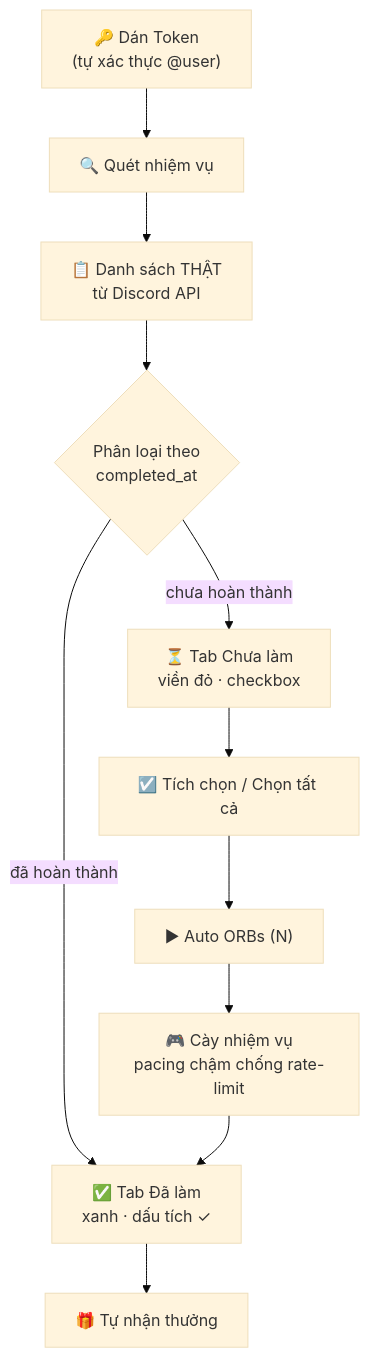
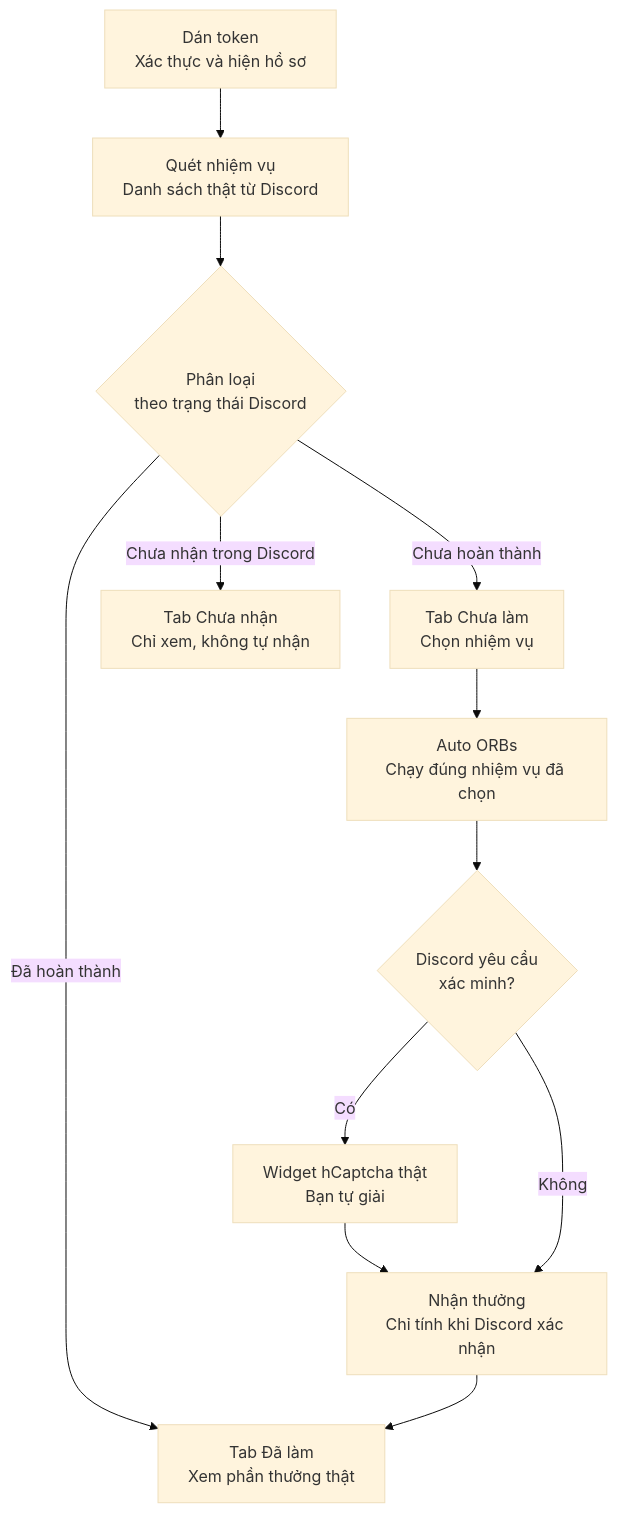
The second of 3 diagrams in README.md (duyzoz/AUTO-QUEST), drawn with Mermaid (base theme) before and after one commit. The commit also changed other lines of this file and 12 other files, not shown here.

````diff
--- a/README.md
+++ b/README.md
@@ -235,13 +87,14 @@
 ```mermaid
 flowchart TD
-    A["🔑 Dán Token<br/>(tự xác thực @user)"] --> B["🔍 Quét nhiệm vụ"]
-    B --> C["📋 Danh sách THẬT<br/>từ Discord API"]
-    C --> D{"Phân loại theo<br/>completed_at"}
-    D -->|"đã hoàn thành"| E["✅ Tab Đã làm<br/>xanh · dấu tích ✓"]
-    D -->|"chưa hoàn thành"| F["⏳ Tab Chưa làm<br/>viền đỏ · checkbox"]
-    F --> G["☑️ Tích chọn / Chọn tất cả"]
-    G --> H["▶ Auto ORBs (N)"]
-    H --> I["🎮 Cày nhiệm vụ<br/>pacing chậm chống rate-limit"]
-    I --> E
-    E --> J["🎁 Tự nhận thưởng"]
+    A["Dán token<br/>Xác thực và hiện hồ sơ"] --> B["Quét nhiệm vụ<br/>Danh sách thật từ Discord"]
+    B --> C{"Phân loại<br/>theo trạng thái Discord"}
+    C -->|"Đã hoàn thành"| D["Tab Đã làm<br/>Xem phần thưởng thật"]
+    C -->|"Chưa hoàn thành"| E["Tab Chưa làm<br/>Chọn nhiệm vụ"]
+    C -->|"Chưa nhận trong Discord"| F["Tab Chưa nhận<br/>Chỉ xem, không tự nhận"]
+    E --> G["Auto ORBs<br/>Chạy đúng nhiệm vụ đã chọn"]
+    G --> H{"Discord yêu cầu<br/>xác minh?"}
+    H -->|"Có"| I["Widget hCaptcha thật<br/>Bạn tự giải"]
+    I --> J["Nhận thưởng<br/>Chỉ tính khi Discord xác nhận"]
+    H -->|"Không"| J
+    J --> D
 ```
````
